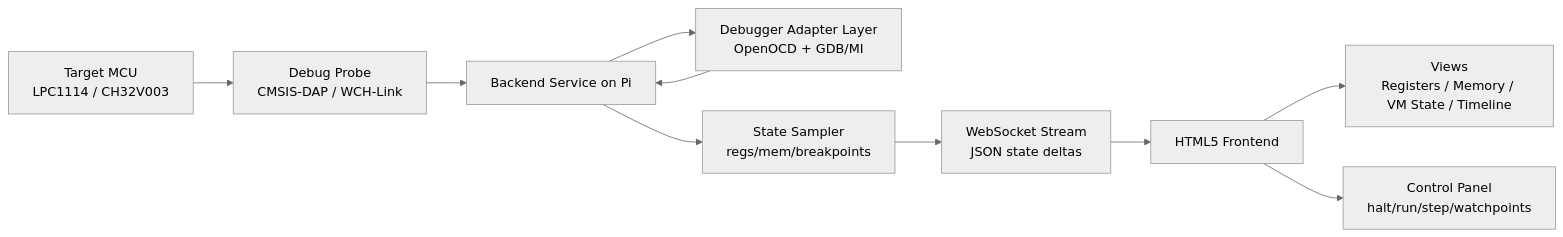
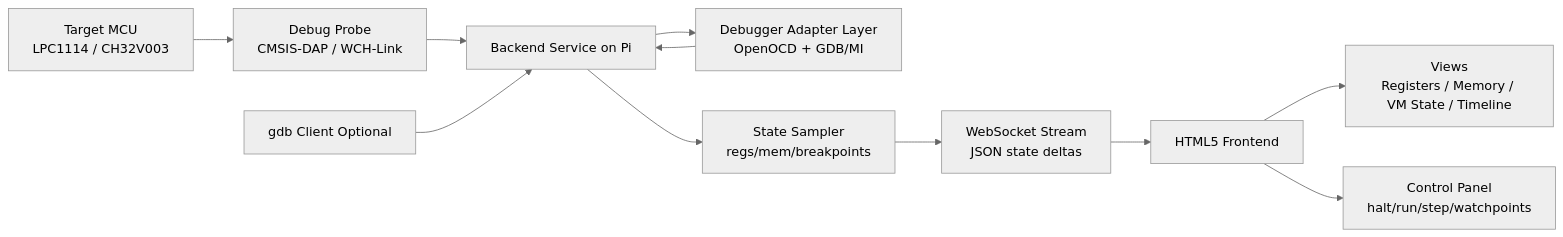
Before and after one commit to jdesbonnet/codex_experiment_06: the diagram in docs/web_debugger_visualization_proposal.md, drawn with Mermaid (neutral theme). The commit also changed other lines of this file, not shown here.

````diff
--- a/docs/web_debugger_visualization_proposal.md
+++ b/docs/web_debugger_visualization_proposal.md
@@ -22,12 +22,13 @@
 ```mermaid
 flowchart LR
     A[Target MCU<br/>LPC1114 / CH32V003] --> B[Debug Probe<br/>CMSIS-DAP / WCH-Link]
     B --> C[Backend Service on Pi]
     C --> D[Debugger Adapter Layer<br/>OpenOCD + GDB/MI]
     D --> C
     C --> E[State Sampler<br/>regs/mem/breakpoints]
     E --> F[WebSocket Stream<br/>JSON state deltas]
     F --> G[HTML5 Frontend]
     G --> H[Views<br/>Registers / Memory / VM State / Timeline]
     G --> I[Control Panel<br/>halt/run/step/watchpoints]
+    J[gdb Client Optional] --> C
 ```
````
